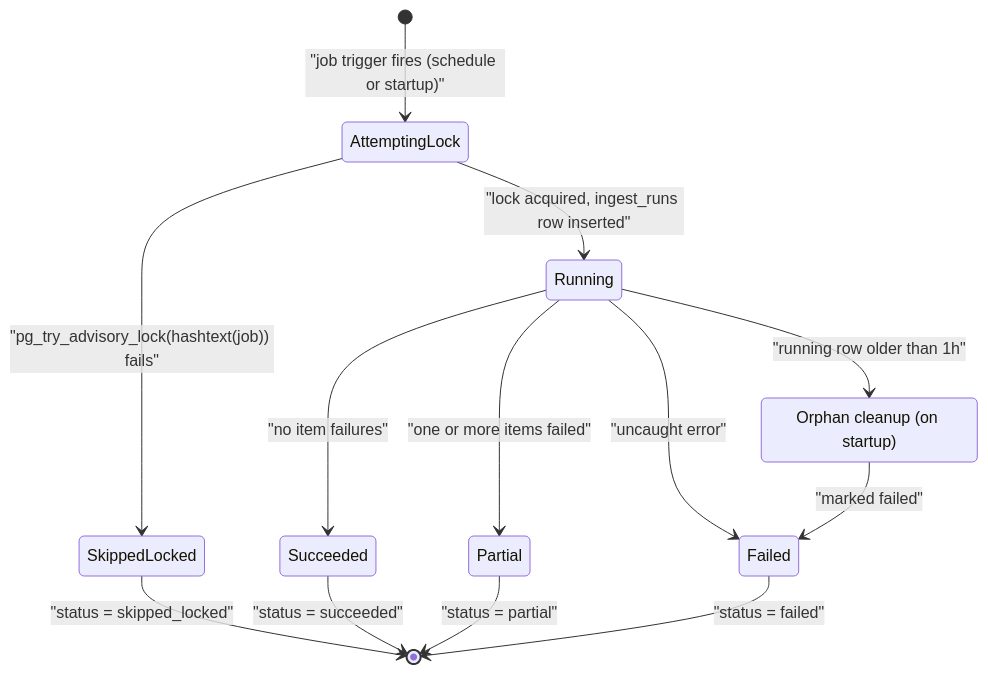
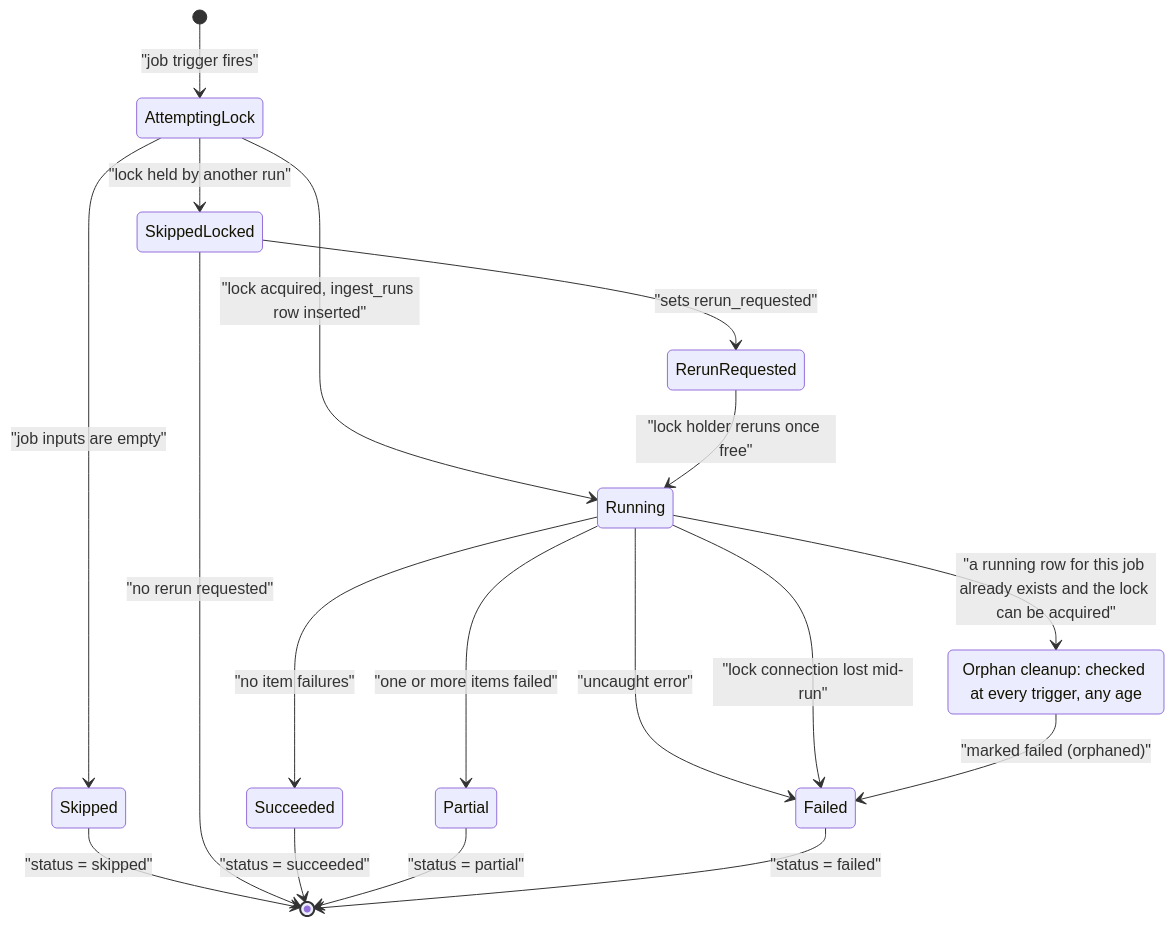
One commit to EliRobinson/stock-ticker changed the eighth of 9 diagrams in docs/design/diagrams.md. Above: the diagram before and after it, drawn with Mermaid. The commit also changed other lines of this file and 2 other files, not shown here.

Commit message:
docs: fold design review round into diagrams and system design

````diff
--- a/docs/design/diagrams.md
+++ b/docs/design/diagrams.md
@@ -284,20 +357,26 @@
 ```mermaid
 stateDiagram-v2
-    [*] --> AttemptingLock: "job trigger fires (schedule or startup)"
+    [*] --> AttemptingLock: "job trigger fires"
 
-    AttemptingLock --> SkippedLocked: "pg_try_advisory_lock(hashtext(job)) fails"
+    AttemptingLock --> SkippedLocked: "lock held by another run"
+    AttemptingLock --> Skipped: "job inputs are empty"
     AttemptingLock --> Running: "lock acquired, ingest_runs row inserted"
+
+    SkippedLocked --> RerunRequested: "sets rerun_requested"
+    RerunRequested --> Running: "lock holder reruns once free"
 
     Running --> Succeeded: "no item failures"
     Running --> Partial: "one or more items failed"
     Running --> Failed: "uncaught error"
+    Running --> Failed: "lock connection lost mid-run"
 
-    SkippedLocked --> [*]: "status = skipped_locked"
+    Skipped --> [*]: "status = skipped"
+    SkippedLocked --> [*]: "no rerun requested"
     Succeeded --> [*]: "status = succeeded"
     Partial --> [*]: "status = partial"
     Failed --> [*]: "status = failed"
 
-    state "Orphan cleanup (on startup)" as Orphan
-    Running --> Orphan: "running row older than 1h"
-    Orphan --> Failed: "marked failed"
+    state "Orphan cleanup: checked at every trigger, any age" as Orphan
+    Running --> Orphan: "a running row for this job already exists and the lock can be acquired"
+    Orphan --> Failed: "marked failed (orphaned)"
 ```
````
